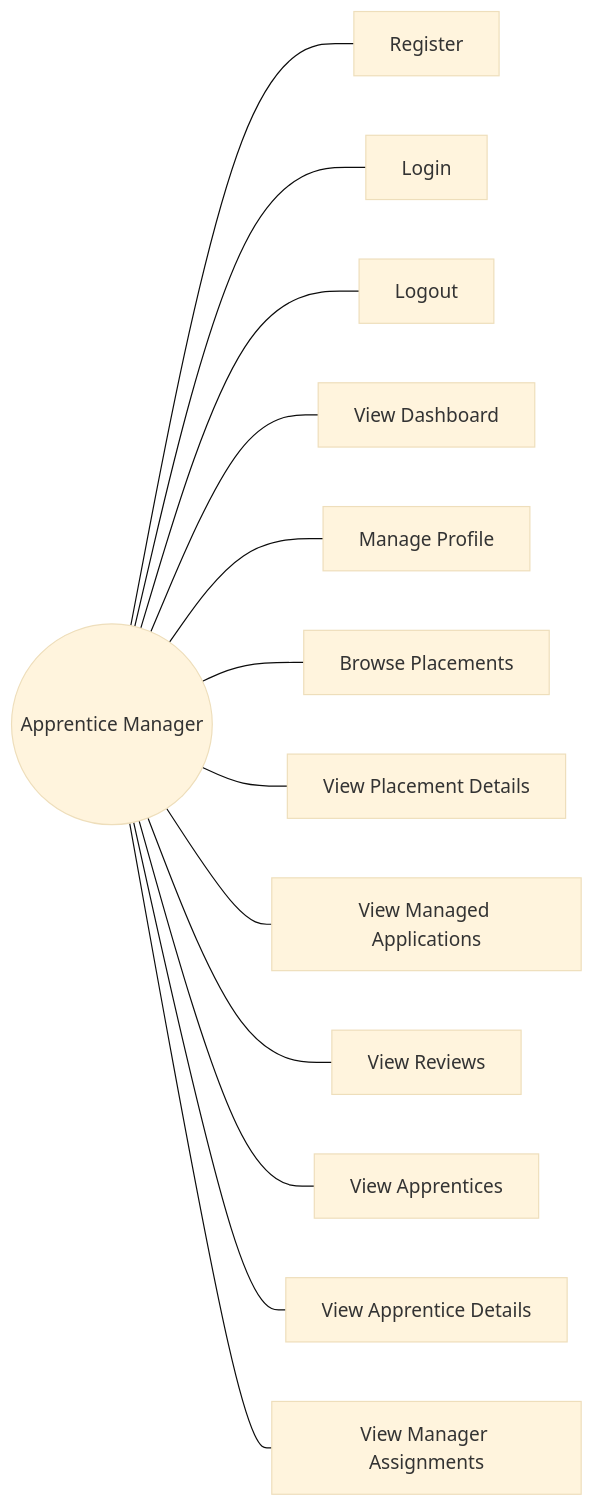
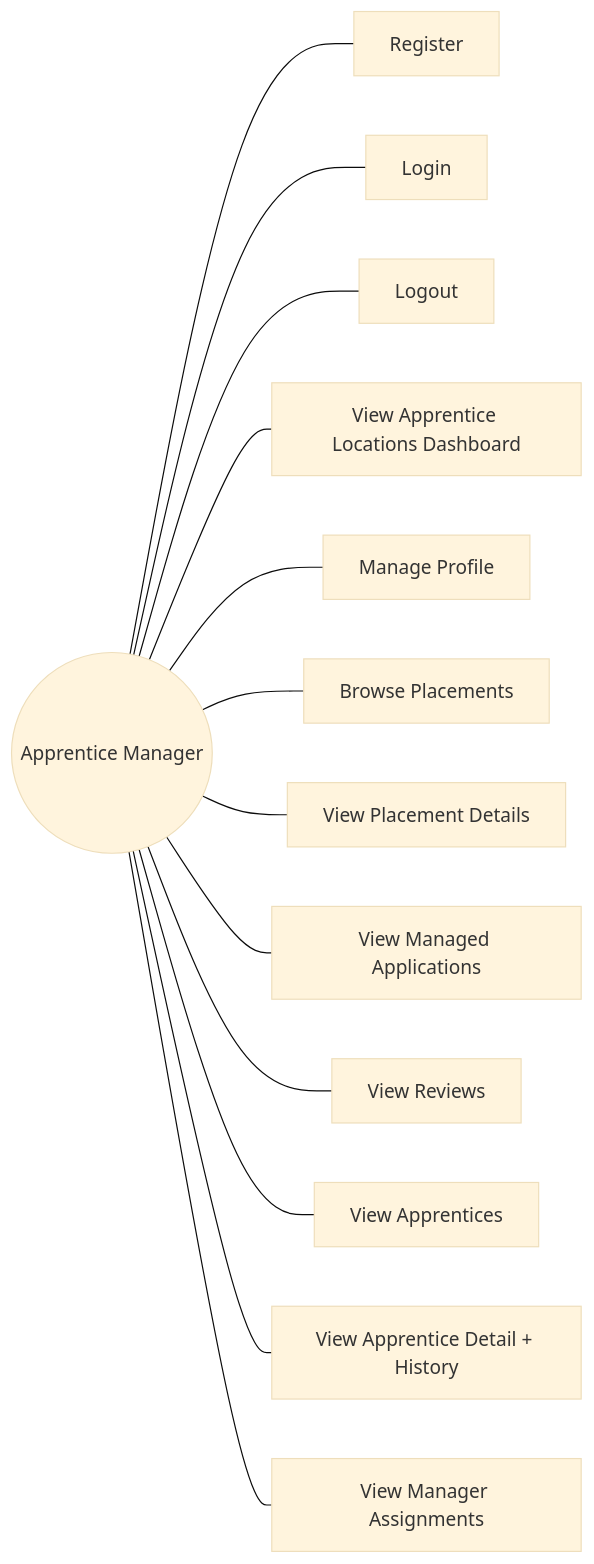
Before and after one commit to JayCenaUni/Placements: the second of 3 diagrams in docs/uml/use-case-diagram.md, drawn with Mermaid (base theme). The commit also changed other lines of this file and 9 other files, not shown here.

Commit message:
Refactor apprentice manager dashboard and detail views, enhancing data presentation and flow. Update UML diagrams to reflect new dashboard structure and application processes, including placement history and pending applications.

````diff
--- a/docs/uml/use-case-diagram.md
+++ b/docs/uml/use-case-diagram.md
@@ -26,17 +26,17 @@
 ```mermaid
 graph LR
     AM((Apprentice Manager))
 
     AM --- Register
     AM --- Login
     AM --- Logout
-    AM --- Dashboard[View Dashboard]
+    AM --- Dashboard[View Apprentice Locations Dashboard]
     AM --- Profile[Manage Profile]
     AM --- Browse[Browse Placements]
     AM --- ViewP[View Placement Details]
     AM --- ViewApps[View Managed Applications]
     AM --- ViewRevs[View Reviews]
     AM --- ViewList[View Apprentices]
-    AM --- ViewDetail[View Apprentice Details]
+    AM --- ViewDetail[View Apprentice Detail + History]
     AM --- Managers[View Manager Assignments]
 ```
````
